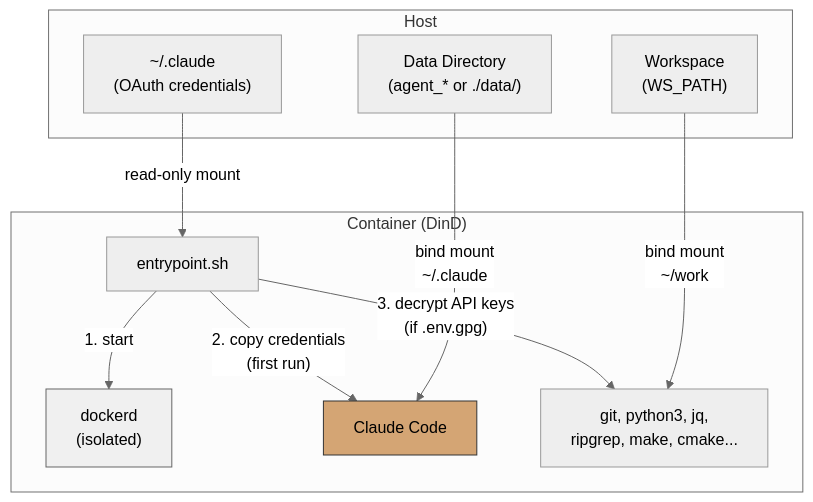
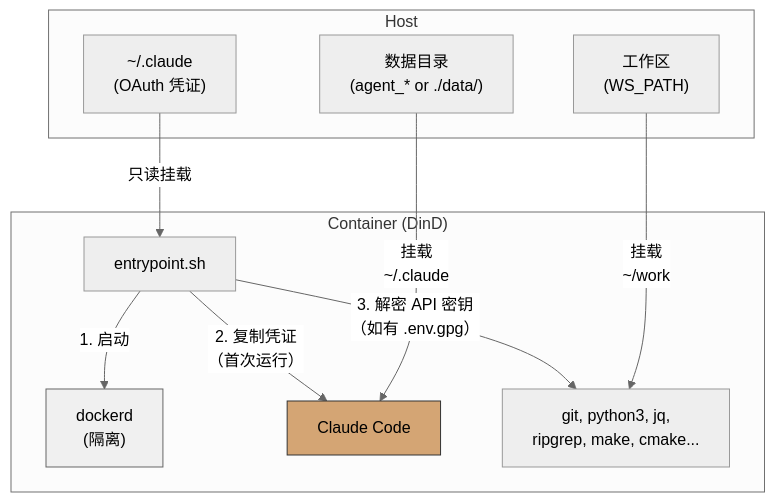
The first of 3 diagrams in doc/README.zh-CN.md (ycpss91255-docker/claude_code), drawn with Mermaid (neutral theme) before and after one commit. The commit also changed other lines of this file and 2 other files, not shown here.

Commit message:
docs: keep 'smoke test' as proper noun in i18n
Do not translate 'smoke test' — it is a proper noun.

````diff
--- a/doc/README.zh-CN.md
+++ b/doc/README.zh-CN.md
@@ -42,26 +42,26 @@
 ```mermaid
 graph TB
     subgraph Host
-        H_OAuth["~/.claude<br/>(OAuth credentials)"]
-        H_WS["Workspace<br/>(WS_PATH)"]
-        H_Data["Data Directory<br/>(agent_* or ./data/)"]
+        H_OAuth["~/.claude<br/>(OAuth 凭证)"]
+        H_WS["工作区<br/>(WS_PATH)"]
+        H_Data["数据目录<br/>(agent_* or ./data/)"]
     end
 
     subgraph "Container (DinD)"
         EP["entrypoint.sh"]
-        DinD["dockerd<br/>(isolated)"]
+        DinD["dockerd<br/>(隔离)"]
         Claude["Claude Code"]
         Tools["git, python3, jq,<br/>ripgrep, make, cmake..."]
 
-        EP -->|"1. start"| DinD
-        EP -->|"2. copy credentials<br/>(first run)"| Claude
-        EP -->|"3. decrypt API keys<br/>(if .env.gpg)"| Tools
+        EP -->|"1. 启动"| DinD
+        EP -->|"2. 复制凭证<br/>（首次运行）"| Claude
+        EP -->|"3. 解密 API 密钥<br/>（如有 .env.gpg）"| Tools
     end
 
-    H_OAuth -->|"read-only mount"| EP
-    H_WS -->|"bind mount<br/>~/work"| Tools
-    H_Data -->|"bind mount<br/>~/.claude"| Claude
+    H_OAuth -->|"只读挂载"| EP
+    H_WS -->|"挂载<br/>~/work"| Tools
+    H_Data -->|"挂载<br/>~/.claude"| Claude
 
     style DinD fill:#f0f0f0,stroke:#666
     style Claude fill:#d4a574,stroke:#333
 ```
````
